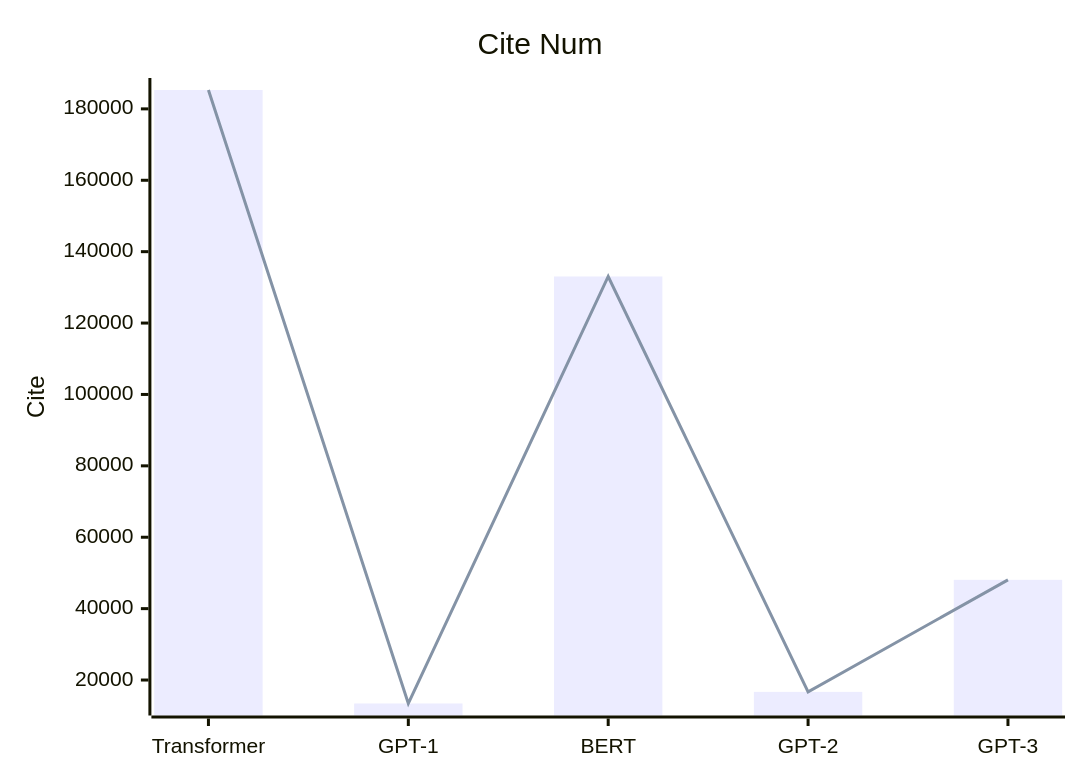
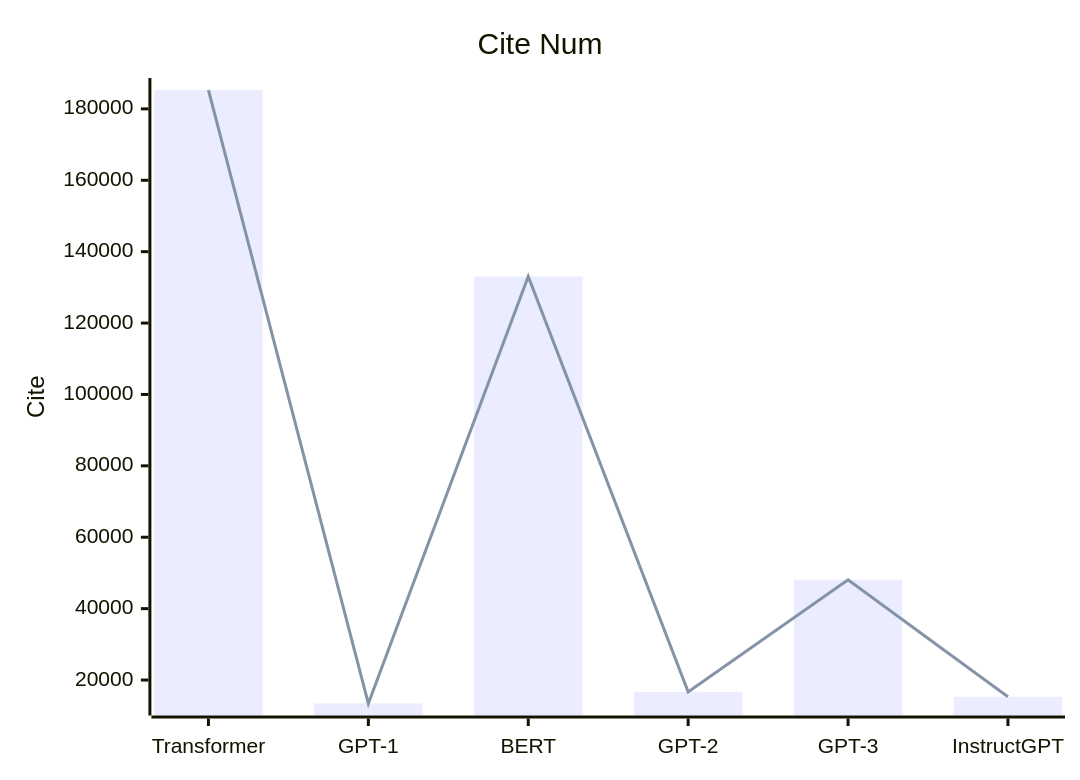
Before and after one commit to Elephant-King9/Paper: the fourth of 4 diagrams in Base_Model/LLM/analyse.md, drawn with Mermaid. The commit also changed other lines of this file and 3 other files, not shown here.

````diff
--- a/Base_Model/LLM/analyse.md
+++ b/Base_Model/LLM/analyse.md
@@ -70,8 +76,8 @@
 ```mermaid
     xychart-beta
     title "Cite Num"
-    x-axis [Transformer,GPT-1,BERT,GPT-2,GPT-3]
+    x-axis [Transformer,GPT-1,BERT,GPT-2,GPT-3,InstructGPT]
     y-axis "Cite" 
-    bar [185289,13424,133047,16676,48070]
-    line [185289,13424,133047,16676,48070]
+    bar [185289,13424,133047,16676,48070,15295]
+    line [185289,13424,133047,16676,48070,15295]
 ```
````
